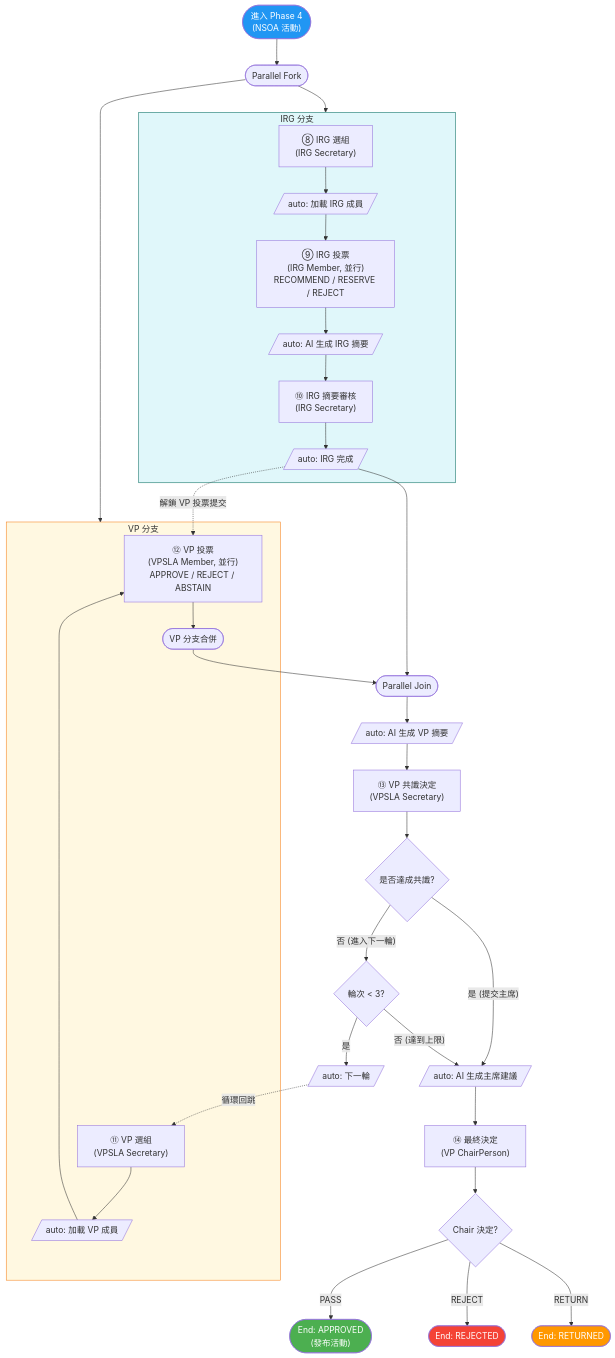
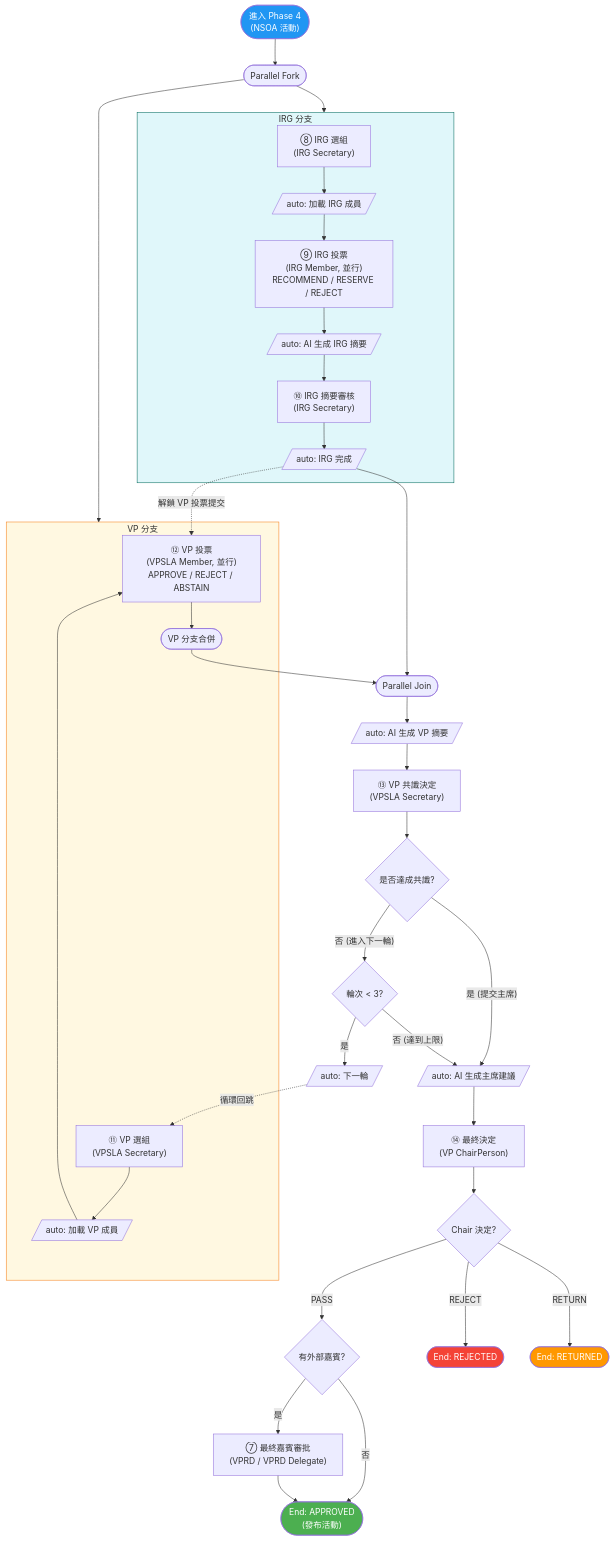
The third of 3 diagrams in activity-publish-workflow-design.md (OneStar-Projects/SLAS-Docs), drawn with Mermaid before and after one commit. The commit also changed other lines of this file and 1 other file, not shown here.

Commit message:
docs: correct final guest approval flow

````diff
--- a/activity-publish-workflow-design.md
+++ b/activity-publish-workflow-design.md
@@ -323,51 +323,54 @@
 ```mermaid
 flowchart TD
     Entry(["進入 Phase 4<br/>(NSOA 活動)"])
     Entry --> ParallelFork(["Parallel Fork"])
 
     ParallelFork --> IRGBranch
     ParallelFork --> VPBranch
 
     subgraph IRGBranch["IRG 分支"]
         IRGSelect["⑧ IRG 選組<br/>(IRG Secretary)"]
         IRGSelect --> LoadIRG[/"auto: 加載 IRG 成員"/]
         LoadIRG --> IRGVote["⑨ IRG 投票<br/>(IRG Member, 並行)<br/>RECOMMEND / RESERVE / REJECT"]
         IRGVote --> IRGSummary[/"auto: AI 生成 IRG 摘要"/]
         IRGSummary --> IRGReview["⑩ IRG 摘要審核<br/>(IRG Secretary)"]
         IRGReview --> IRGDone[/"auto: IRG 完成"/]
     end
 
     subgraph VPBranch["VP 分支"]
         VPSelect["⑪ VP 選組<br/>(VPSLA Secretary)"]
         VPSelect --> LoadVP[/"auto: 加載 VP 成員"/]
         LoadVP --> VPVote["⑫ VP 投票<br/>(VPSLA Member, 並行)<br/>APPROVE / REJECT / ABSTAIN"]
         VPVote --> VPMerge(["VP 分支合併"])
     end
 
     IRGDone -.->|"解鎖 VP 投票提交"| VPVote
     IRGDone --> Join(["Parallel Join"])
     VPMerge --> Join
 
     Join --> VPSummary[/"auto: AI 生成 VP 摘要"/]
     VPSummary --> VPDecide["⑬ VP 共識決定<br/>(VPSLA Secretary)"]
     VPDecide --> Gate{是否達成共識?}
     Gate -->|"是 (提交主席)"| ChairAI
     Gate -->|"否 (進入下一輪)"| RoundCheck{輪次 < 3?}
     RoundCheck -->|"是"| Increment[/"auto: 下一輪"/]
     Increment -.->|"循環回跳"| VPSelect
     RoundCheck -->|"否 (達到上限)"| ChairAI
 
     ChairAI[/"auto: AI 生成主席建議"/]
     ChairAI --> Chair["⑭ 最終決定<br/>(VP ChairPerson)"]
     Chair --> FinalGate{Chair 決定?}
-    FinalGate -->|"PASS"| EndApproved(["End: APPROVED<br/>(發布活動)"])
+    FinalGate -->|"PASS"| FinalGuestCheck{有外部嘉賓?}
     FinalGate -->|"REJECT"| EndRejected(["End: REJECTED"])
     FinalGate -->|"RETURN"| EndReturned(["End: RETURNED"])
+    FinalGuestCheck -->|"是"| FinalGuest["⑦ 最終嘉賓審批<br/>(VPRD / VPRD Delegate)"]
+    FinalGuestCheck -->|"否"| EndApproved(["End: APPROVED<br/>(發布活動)"])
+    FinalGuest --> EndApproved
 
     style Entry fill:#2196F3,color:#fff
     style EndApproved fill:#4CAF50,color:#fff
     style EndRejected fill:#f44336,color:#fff
     style EndReturned fill:#FF9800,color:#fff
     style IRGBranch fill:#E0F7FA,stroke:#00695C
     style VPBranch fill:#FFF8E1,stroke:#F57F17
 ```
````
